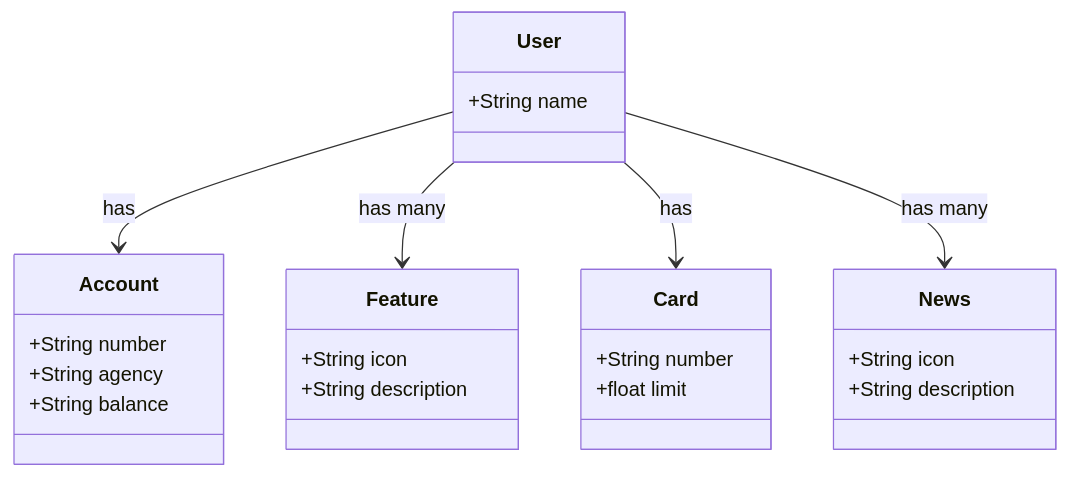
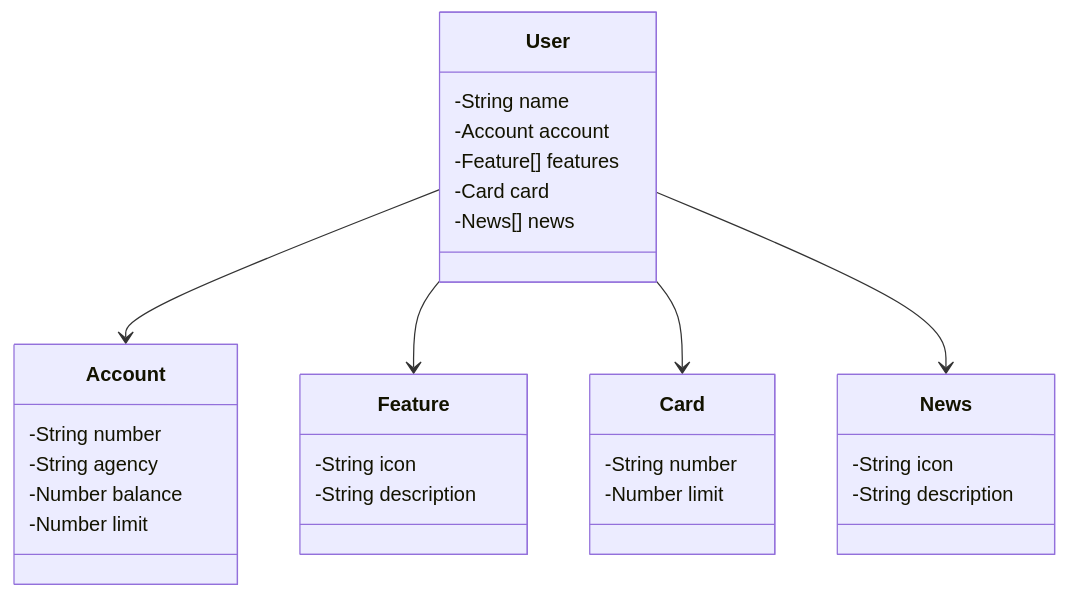
Before and after one commit to Adriana-Guedes/santander-dev-week-2024: the diagram in README.md, drawn with Mermaid.

````diff
--- a/README.md
+++ b/README.md
@@ -9,34 +9,39 @@
 ```mermaid
 
 classDiagram
     class User {
-        +String name
+        -String name
+        -Account account
+        -Feature[] features
+        -Card card
+        -News[] news
     }
 
     class Account {
-        +String number
-        +String agency
-        +String balance
+        -String number
+        -String agency
+        -Number balance
+        -Number limit
     }
 
     class Feature {
-        +String icon
-        +String description
+        -String icon
+        -String description
     }
 
     class Card {
-        +String number
-        +float limit
+        -String number
+        -Number limit
     }
 
     class News {
-        +String icon
-        +String description
+        -String icon
+        -String description
     }
 
-    User --> Account : has
-    User --> Feature : has many
-    User --> Card : has
-    User --> News : has many
+    User --> Account 
+    User --> Feature 
+    User --> Card 
+    User --> News 
 
 ```
````
